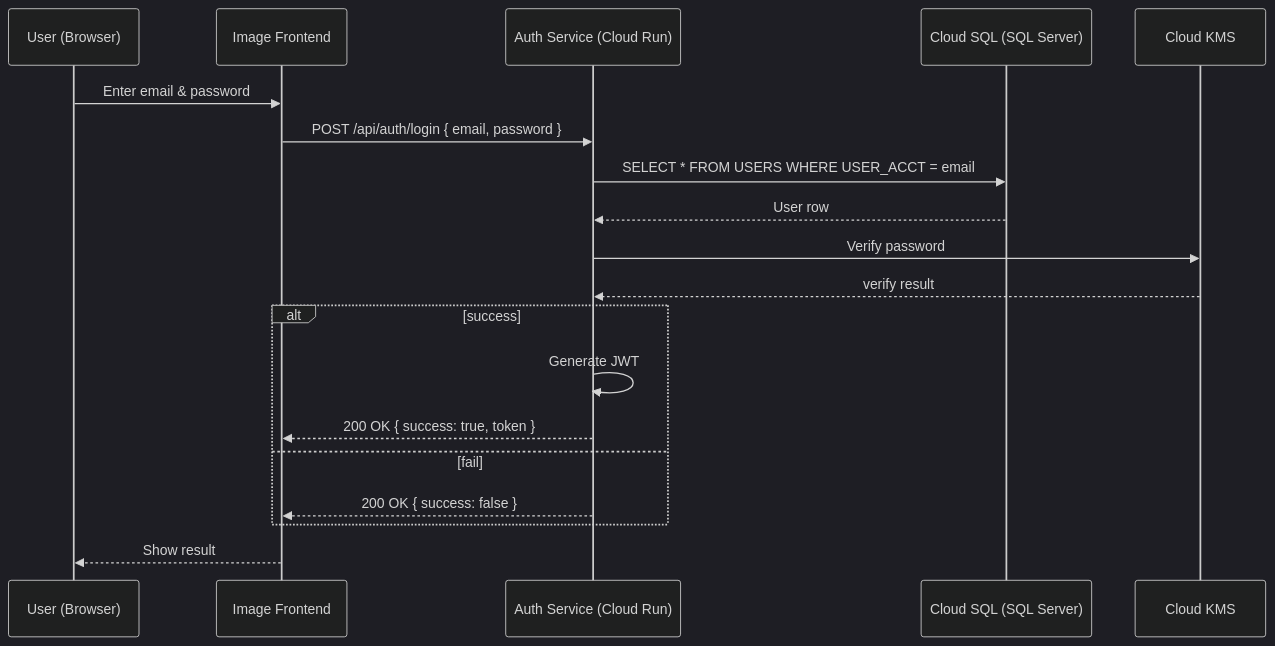
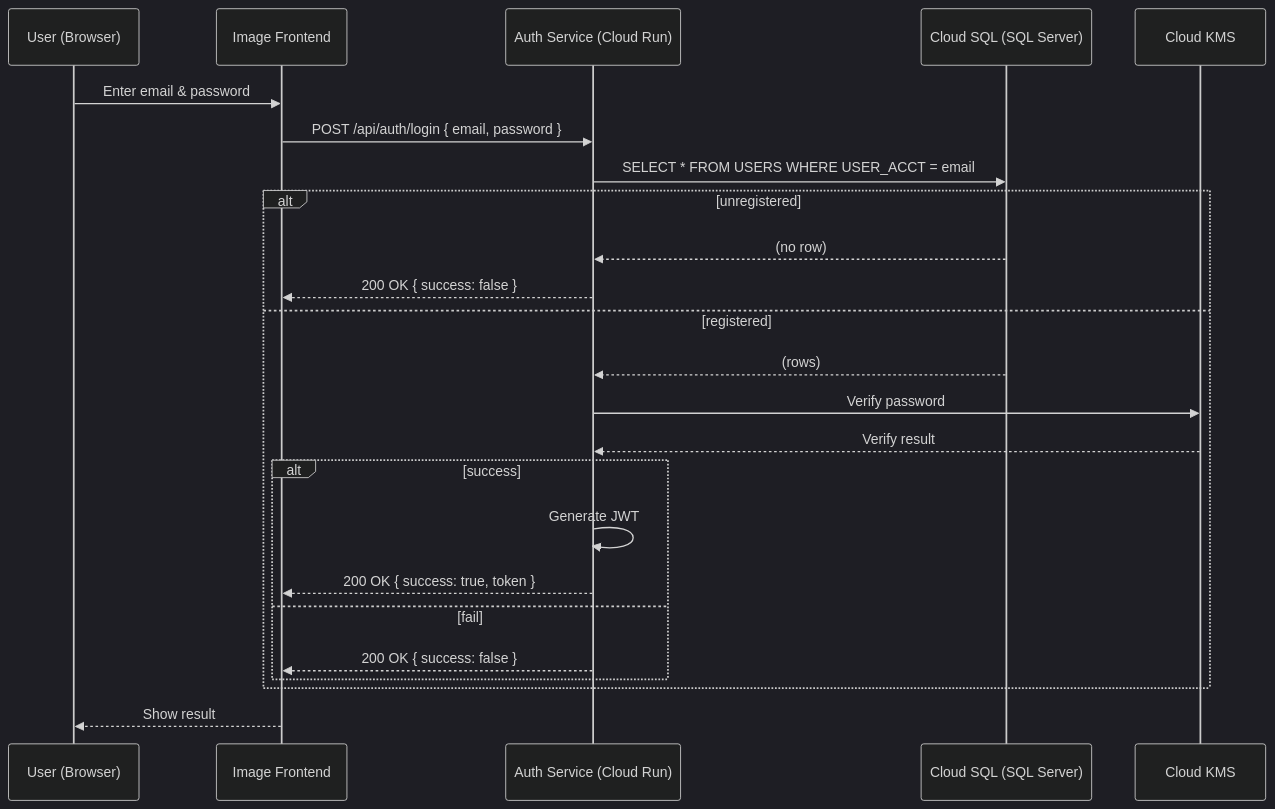
Before and after one commit to jo3wait/gcp-auth-service: the diagram in AuthService.API/login.md, drawn with Mermaid (dark theme). The commit also changed 3 other files, not shown here.

````diff
--- a/AuthService.API/login.md
+++ b/AuthService.API/login.md
@@ -1,21 +1,26 @@
 ```mermaid
 sequenceDiagram
     participant U as User (Browser)
     participant NG as Image Frontend
     participant AUTH as Auth Service (Cloud Run)
     participant DB as Cloud SQL (SQL Server)
     participant KMS as Cloud KMS
     U->>NG: Enter email & password
     NG->>AUTH: POST /api/auth/login { email, password }
     AUTH->>DB: SELECT * FROM USERS WHERE USER_ACCT = email
-    DB-->>AUTH: User row
+    alt unregistered
+    DB-->>AUTH: (no row)
+    AUTH-->>NG: 200 OK { success: false }
+    else registered
+    DB-->>AUTH: (rows)
     AUTH->>KMS: Verify password
-    KMS-->>AUTH: verify result
-    alt success
-        AUTH->>AUTH: Generate JWT
-        AUTH-->>NG: 200 OK { success: true, token }
-    else fail
-        AUTH-->>NG: 200 OK { success: false }
+    KMS-->>AUTH: Verify result
+        alt success
+            AUTH->>AUTH: Generate JWT
+            AUTH-->>NG: 200 OK { success: true, token }
+        else fail
+            AUTH-->>NG: 200 OK { success: false }
+        end
     end
     NG-->>U: Show result
 ```
````
